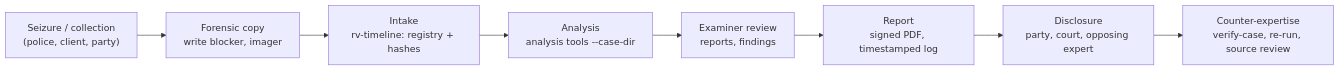
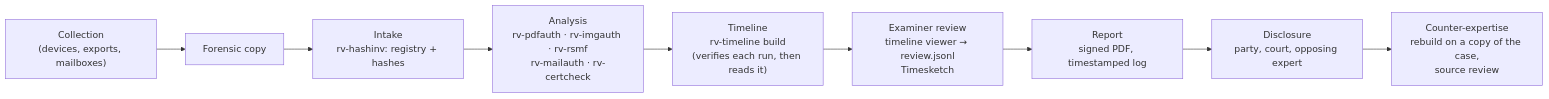
One commit to Panacota96/rv-timeline changed the first of 3 diagrams in docs/admissibility.md. Above: the diagram before and after it, drawn with Mermaid. The commit also changed other lines of this file and 984 other files, not shown here.

First line of the commit message:
feat: RV Timeline v0.1 — cited case timeline from the Rakvor tools' outputs (#3)

````diff
--- a/docs/admissibility.md
+++ b/docs/admissibility.md
@@ -93,10 +85,11 @@
 ```mermaid
 flowchart LR
-    A["Seizure / collection<br/>(police, client, party)"] --> B["Forensic copy<br/>write blocker, imager"]
-    B --> C["Intake<br/>rv-timeline: registry + hashes"]
-    C --> D["Analysis<br/>analysis tools --case-dir"]
-    D --> E["Examiner review<br/>reports, findings"]
+    A["Collection<br/>(devices, exports, mailboxes)"] --> B["Forensic copy"]
+    B --> C["Intake<br/>rv-hashinv: registry + hashes"]
+    C --> D["Analysis<br/>rv-pdfauth · rv-imgauth · rv-rsmf<br/>rv-mailauth · rv-certcheck"]
+    D --> T["Timeline<br/>rv-timeline build<br/>(verifies each run, then reads it)"]
+    T --> E["Examiner review<br/>timeline viewer → review.jsonl<br/>Timesketch"]
     E --> F["Report<br/>signed PDF, timestamped log"]
     F --> G["Disclosure<br/>party, court, opposing expert"]
-    G --> H["Counter-expertise<br/>verify-case, re-run, source review"]
+    G --> H["Counter-expertise<br/>rebuild on a copy of the case,<br/>source review"]
 ```
````
